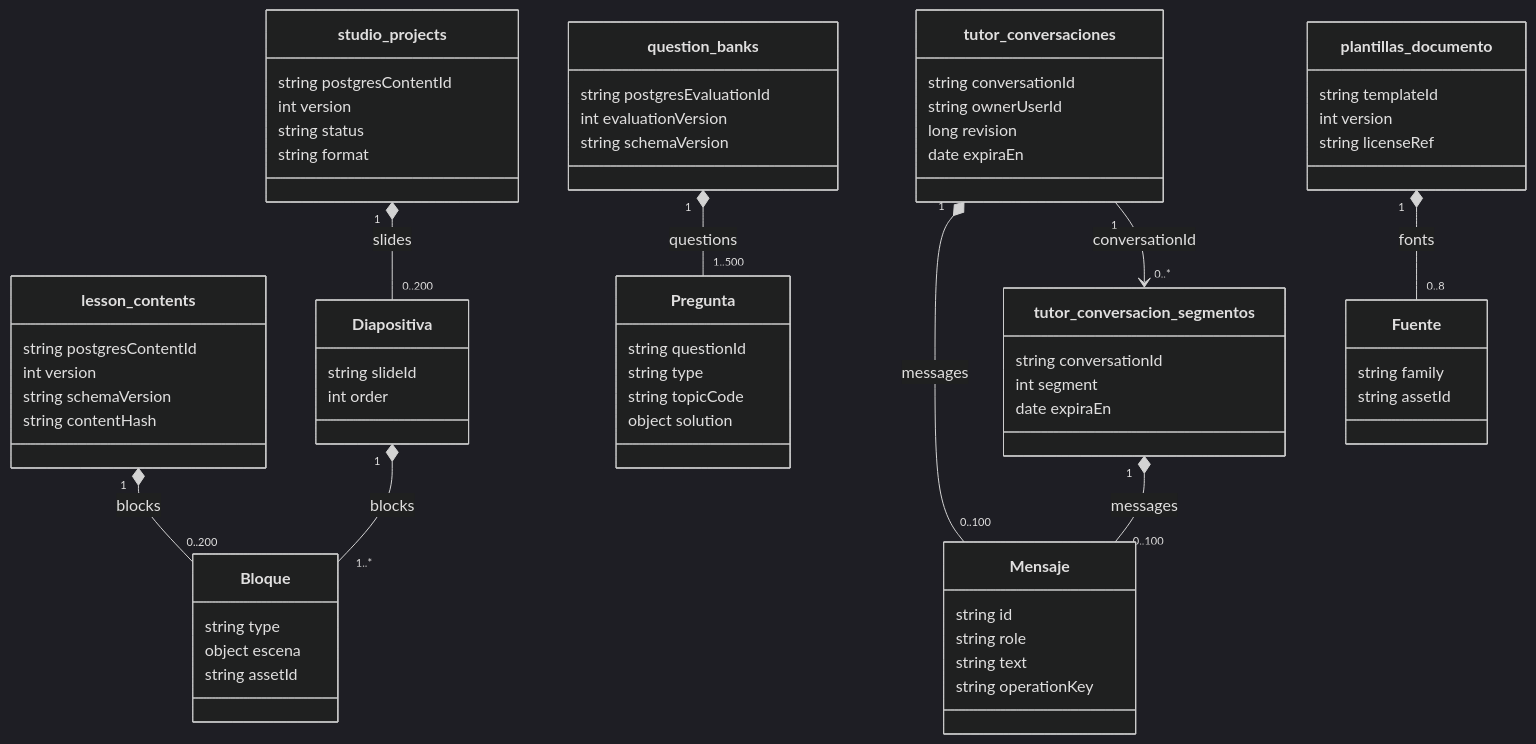
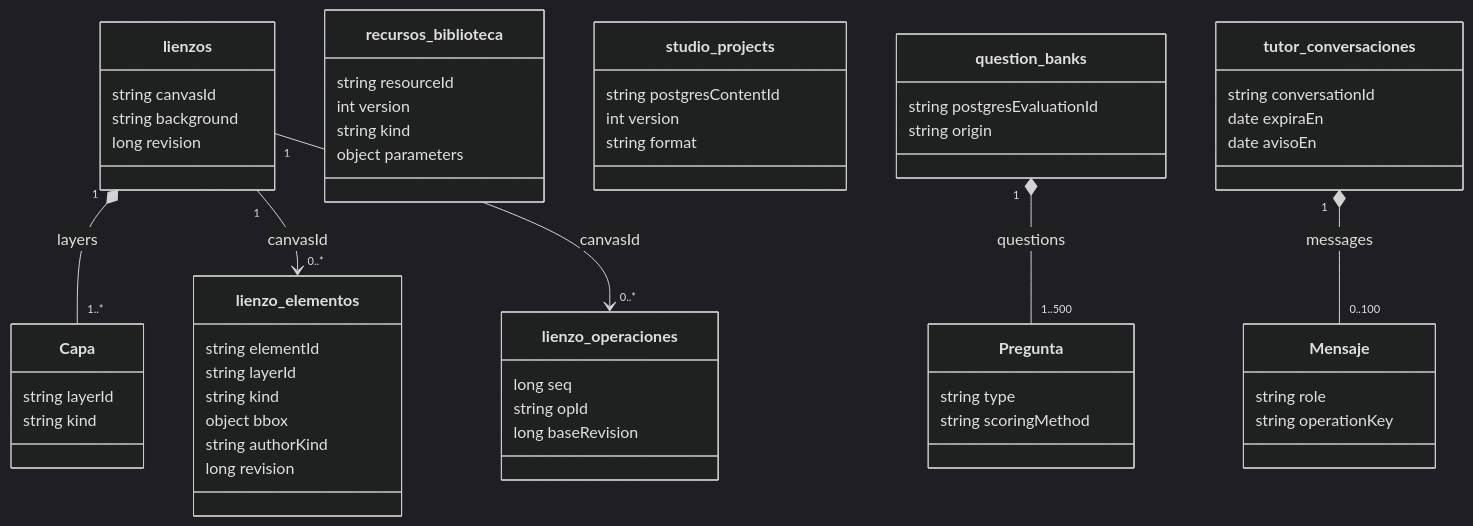
One commit to 100robert/Mentelyx changed the tenth of 11 diagrams in docs/03-diseño-de-software/diseño-externo/01-diseño-de-persistencia-y-datos.md. Above: the diagram before and after it, drawn with Mermaid (dark theme). The commit also changed other lines of this file and 676 other files, not shown here.

````diff
--- a/docs/03-diseño-de-software/diseño-externo/01-diseño-de-persistencia-y-datos.md
+++ b/docs/03-diseño-de-software/diseño-externo/01-diseño-de-persistencia-y-datos.md
@@ -1456,69 +1560,58 @@
 ```mermaid
 classDiagram
-  class lesson_contents {
-    string postgresContentId
+  class lienzos {
+    string canvasId
+    string background
+    long revision
+  }
+  class Capa {
+    string layerId
+    string kind
+  }
+  class lienzo_elementos {
+    string elementId
+    string layerId
+    string kind
+    object bbox
+    string authorKind
+    long revision
+  }
+  class lienzo_operaciones {
+    long seq
+    string opId
+    long baseRevision
+  }
+  class recursos_biblioteca {
+    string resourceId
     int version
-    string schemaVersion
-    string contentHash
+    string kind
+    object parameters
   }
   class studio_projects {
     string postgresContentId
     int version
-    string status
     string format
   }
   class question_banks {
     string postgresEvaluationId
-    int evaluationVersion
-    string schemaVersion
+    string origin
   }
-  class plantillas_documento {
-    string templateId
-    int version
-    string licenseRef
+  class Pregunta {
+    string type
+    string scoringMethod
   }
   class tutor_conversaciones {
     string conversationId
-    string ownerUserId
-    long revision
     date expiraEn
-  }
-  class tutor_conversacion_segmentos {
-    string conversationId
-    int segment
-    date expiraEn
-  }
-  class Bloque {
-    string type
-    object escena
-    string assetId
-  }
-  class Diapositiva {
-    string slideId
-    int order
-  }
-  class Pregunta {
-    string questionId
-    string type
-    string topicCode
-    object solution
+    date avisoEn
   }
   class Mensaje {
-    string id
     string role
-    string text
     string operationKey
   }
-  class Fuente {
-    string family
-    string assetId
-  }
-  lesson_contents "1" *-- "0..200" Bloque : blocks
-  studio_projects "1" *-- "0..200" Diapositiva : slides
-  Diapositiva "1" *-- "1..*" Bloque : blocks
+  lienzos "1" *-- "1..*" Capa : layers
+  lienzos "1" --> "0..*" lienzo_elementos : canvasId
+  lienzos "1" --> "0..*" lienzo_operaciones : canvasId
   question_banks "1" *-- "1..500" Pregunta : questions
-  plantillas_documento "1" *-- "0..8" Fuente : fonts
   tutor_conversaciones "1" *-- "0..100" Mensaje : messages
-  tutor_conversacion_segmentos "1" *-- "0..100" Mensaje : messages
-  tutor_conversaciones "1" --> "0..*" tutor_conversacion_segmentos : conversationId
 ```
````
